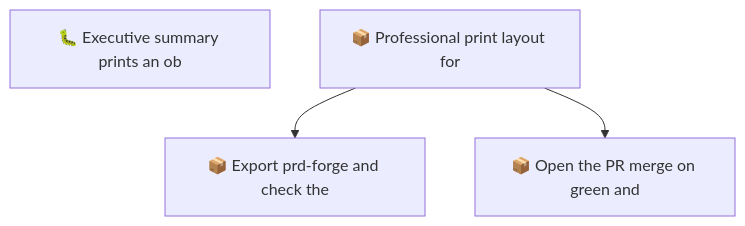
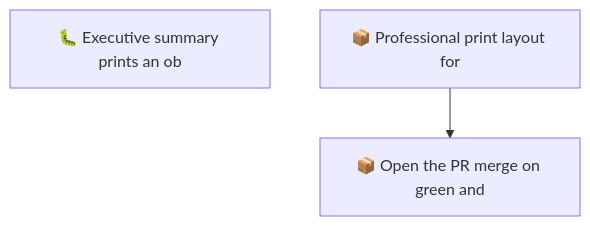
One commit to SpillwaveSolutions/prd-forge-viewer changed the second of 2 diagrams in docs/roadmap.md. Above: the diagram before and after it, drawn with Mermaid. The commit also changed other lines of this file and 3 other files, not shown here.

First line of the commit message:
fix: Word diagrams use the 180 mm height of the PDF (#230, #233)

````diff
--- a/docs/roadmap.md
+++ b/docs/roadmap.md
@@ -67,9 +58,7 @@
 ```mermaid
 graph TD
     01M6HNNFB76PGJKVMB2YYJ95N9["🐛 Executive summary prints an ob"]
     01M7JYNEDBP6V12CES431GFAF6["📦 Professional print layout for"]
-    01M7JYNEECM7V957HNK5G96QV5["📦 Export prd-forge and check the"]
     01M7JYNEECM7V957HNK5G96QV7["📦 Open the PR merge on green and"]
-    01M7JYNEDBP6V12CES431GFAF6 --> 01M7JYNEECM7V957HNK5G96QV5
     01M7JYNEDBP6V12CES431GFAF6 --> 01M7JYNEECM7V957HNK5G96QV7
 ```
````
